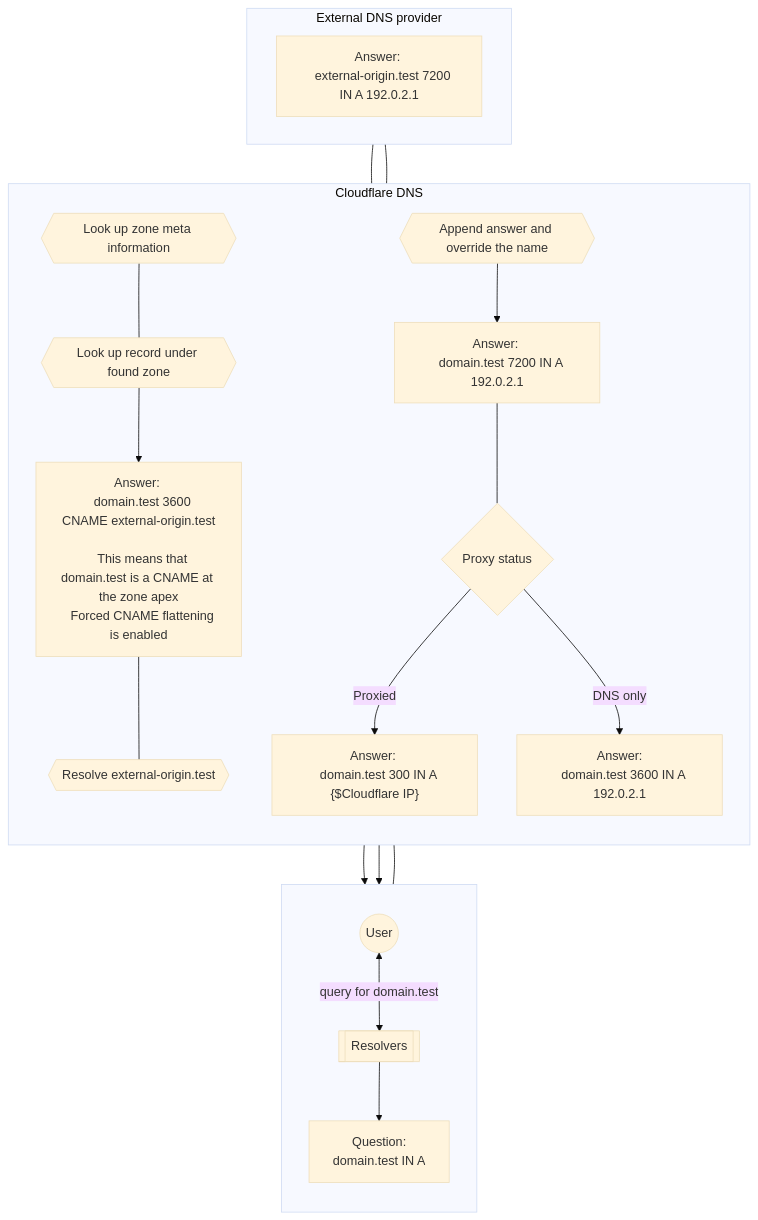
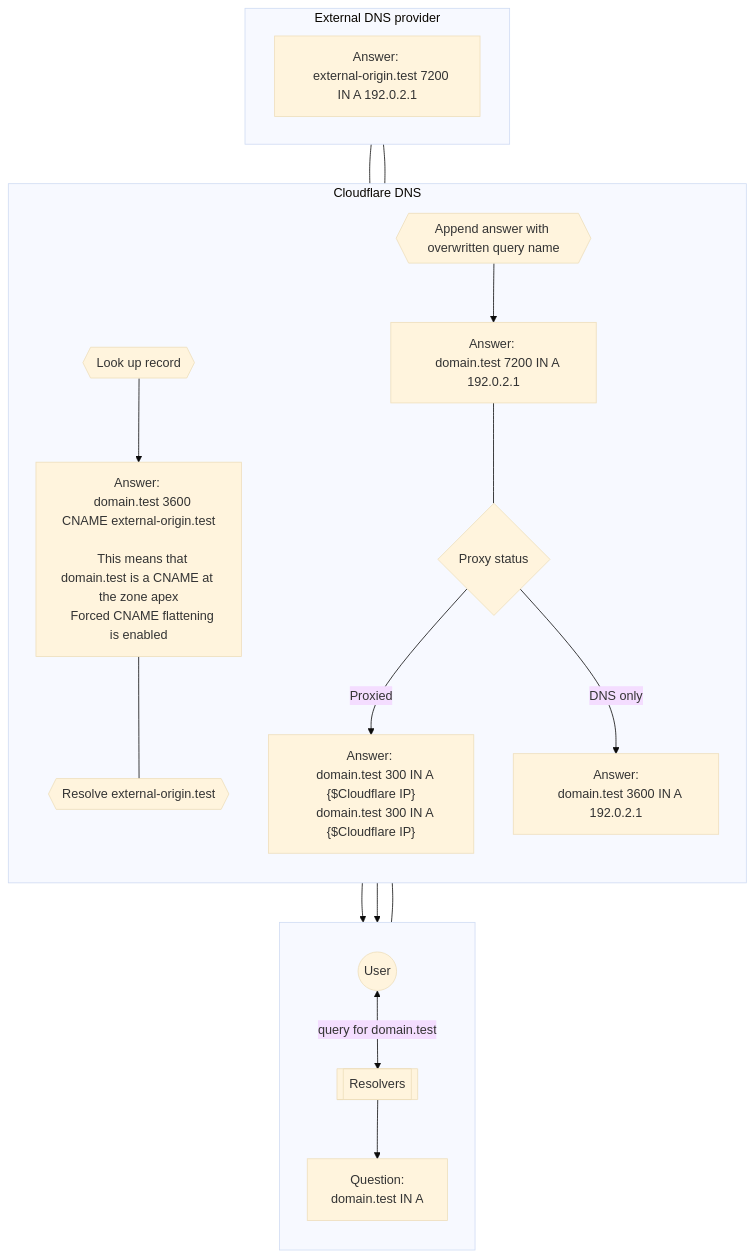
One commit to cloudflare/cloudflare-docs changed the diagram in content/dns/cname-flattening/cname-flattening-diagram.md. Above: the diagram before and after it, drawn with Mermaid (base theme). The commit also changed other lines of this file and 1 other file, not shown here.

Commit message:
fix link and revise diagram cf Hannes comment

````diff
--- a/content/dns/cname-flattening/cname-flattening-diagram.md
+++ b/content/dns/cname-flattening/cname-flattening-diagram.md
@@ -42,31 +42,32 @@
 ```mermaid
 flowchart TD
 accTitle: CNAME flattening diagram
 accDescr: Diagram of CNAME flattening process when there is a request for a domain in Cloudflare and the zone has a CNAME record at root that points to an external A record.
  subgraph X [" "]
   direction TB
   A((User)) <--query for domain.test--> B[[Resolvers]] --> C
  end
  subgraph Y[Cloudflare DNS]
   direction TB
    C["Question: 
    domain.test IN A"] 
-   C --- E{{Look up zone meta information}} --- F{{Look up record under found zone}} --> G["Answer: 
+   C --- E{{Look up record}} --> G["Answer: 
    domain.test 3600 CNAME external-origin.test
 
    This means that domain.test is a CNAME at the zone apex
    Forced CNAME flattening is enabled"] --- H{{Resolve external-origin.test}}
-   K{{Append answer and override the name}} --> L["Answer: 
+   K{{Append answer with overwritten query name}} --> L["Answer: 
    domain.test 7200 IN A 192.0.2.1"] --- M{Proxy status}
    M --Proxied--> O["Answer: 
+   domain.test 300 IN A {$Cloudflare IP}
    domain.test 300 IN A {$Cloudflare IP}"] --> B
    M --DNS only--> N["Answer:
    domain.test 3600 IN A 192.0.2.1"] --> B
  end
  subgraph Z ["External DNS provider"]
   direction RL
     H --- J["Answer: 
    external-origin.test 7200 IN A 192.0.2.1"] --- K
  end
  
 ```
````
